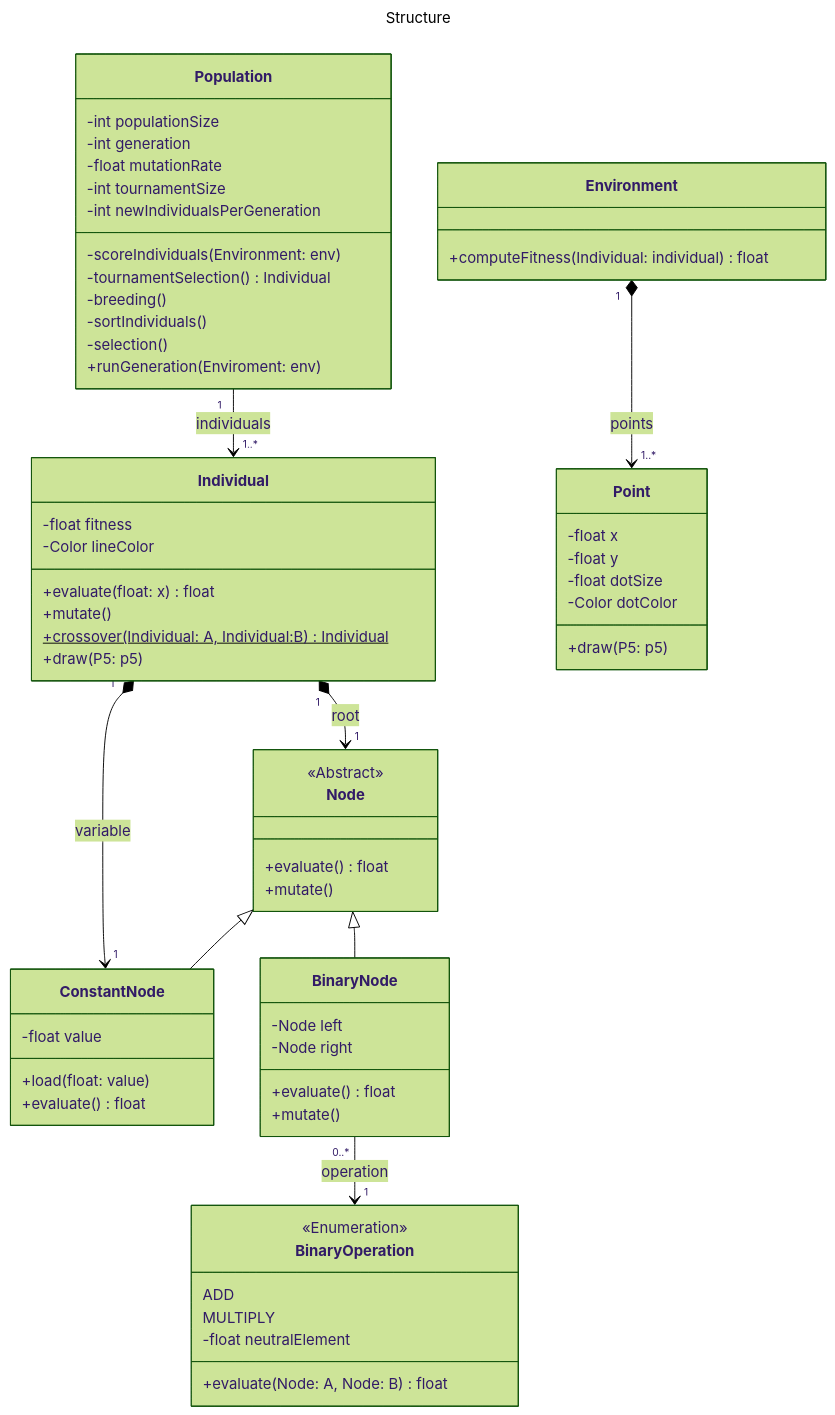
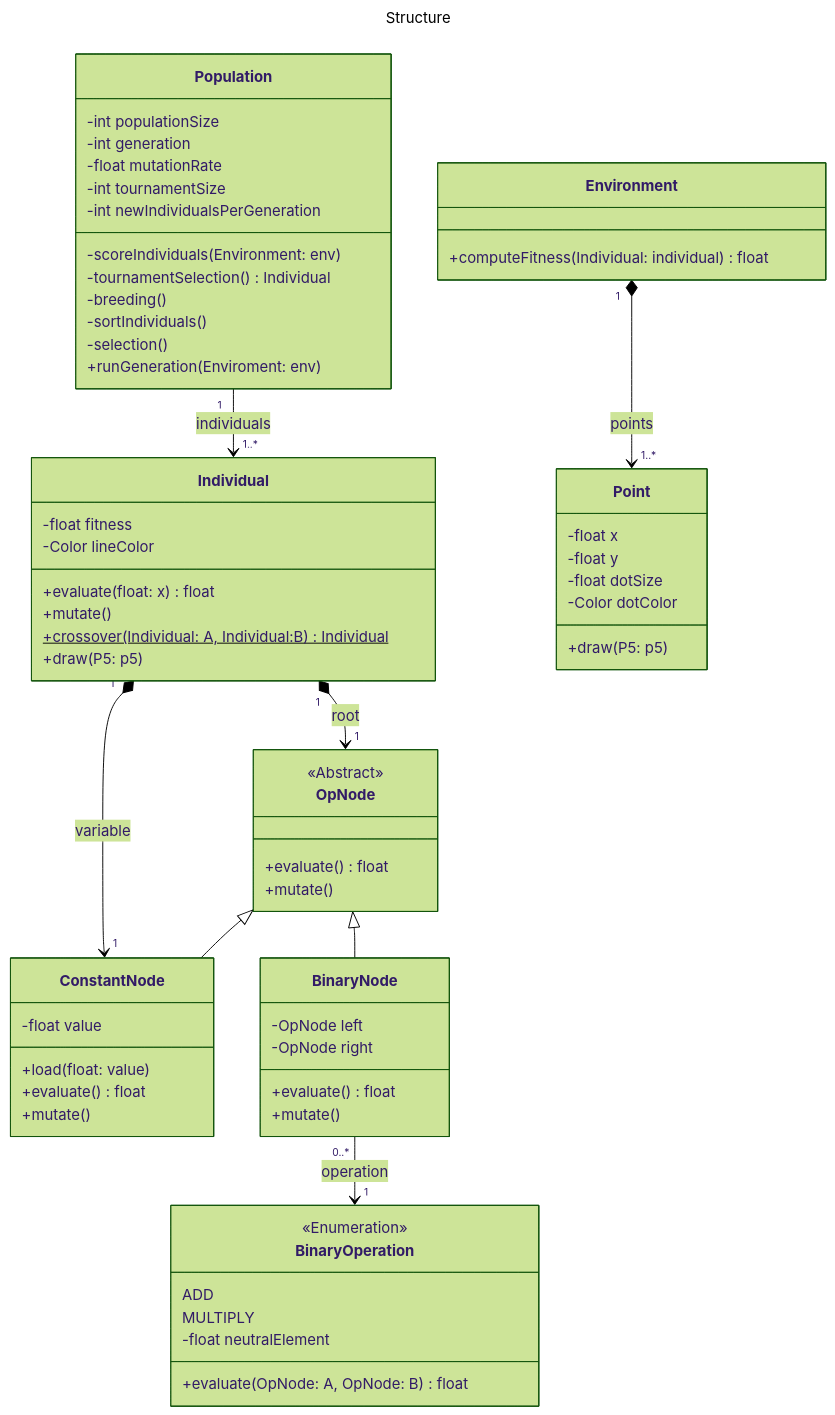
The diagram in README.md (PaoloGinefra/GeneticProgrammingSimpleRegression), drawn with Mermaid (forest theme) before and after one commit. The commit also changed 7 other files, not shown here.

```diff
--- a/README.md
+++ b/README.md
@@ -38,18 +38,18 @@
         +draw(P5: p5)
     }
 
-    Individual "1" *--> "1" Node : root
+    Individual "1" *--> "1" OpNode : root
     Individual "1" *--> "1" ConstantNode : variable
 
-    class Node{
+    class OpNode{
         <<Abstract>>
         +evaluate() float
         +mutate()
     }
 
     class BinaryNode{
-        -Node left
-        -Node right
+        -OpNode left
+        -OpNode right
         +evaluate() float
         +mutate()
     }
@@ -58,10 +58,11 @@
         -float value
         +load(float: value)
         +evaluate() float
+        +mutate()
     }
 
-    Node <|-- BinaryNode
-    Node <|-- ConstantNode
+    OpNode <|-- BinaryNode
+    OpNode <|-- ConstantNode
 
     BinaryNode "0..*" --> "1" BinaryOperation : operation
 
@@ -71,7 +72,7 @@
         MULTIPLY
         -float neutralElement
 
-        +evaluate(Node: A, Node: B) float
+        +evaluate(OpNode: A, OpNode: B) float
     }
 
     class Environment{
```
